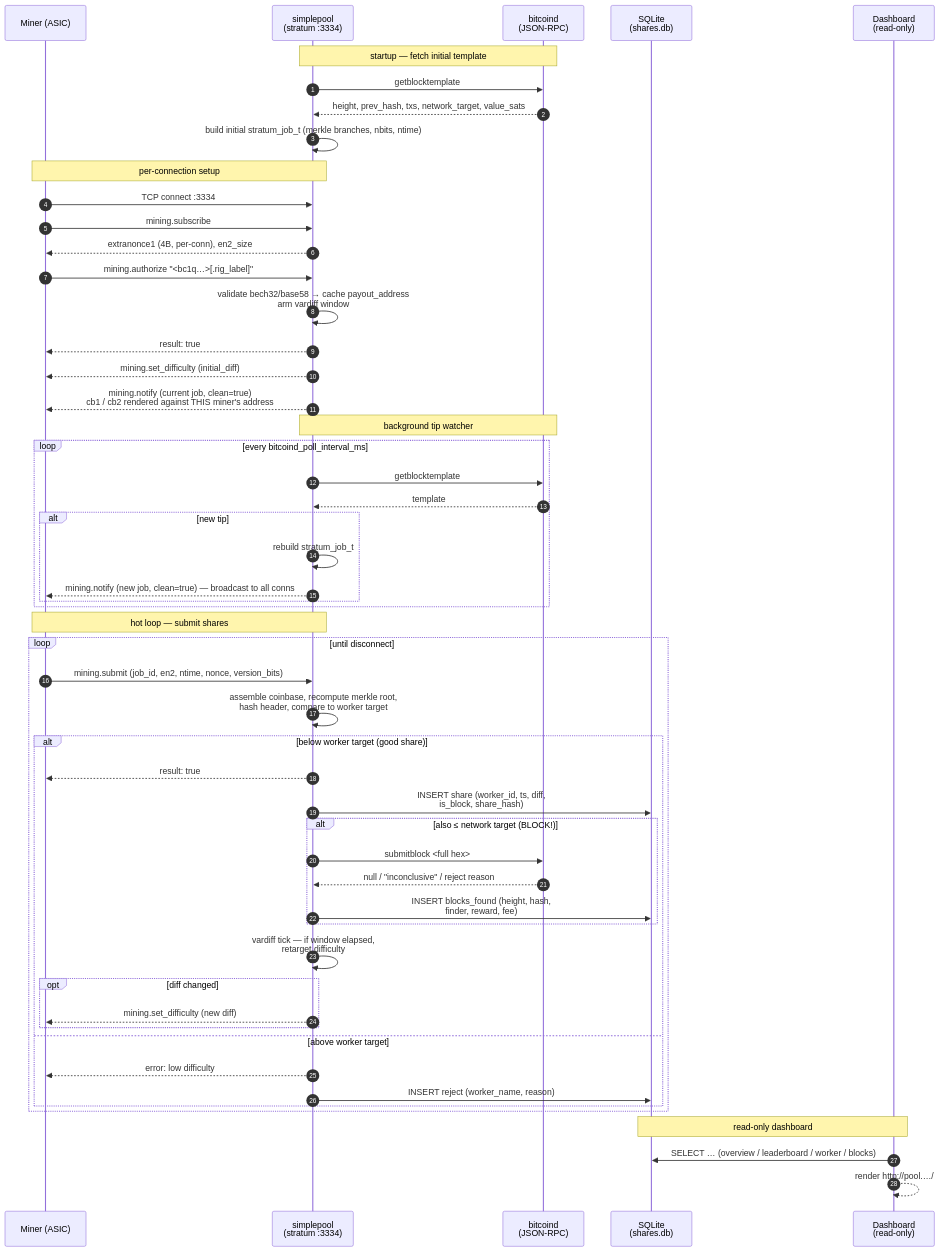
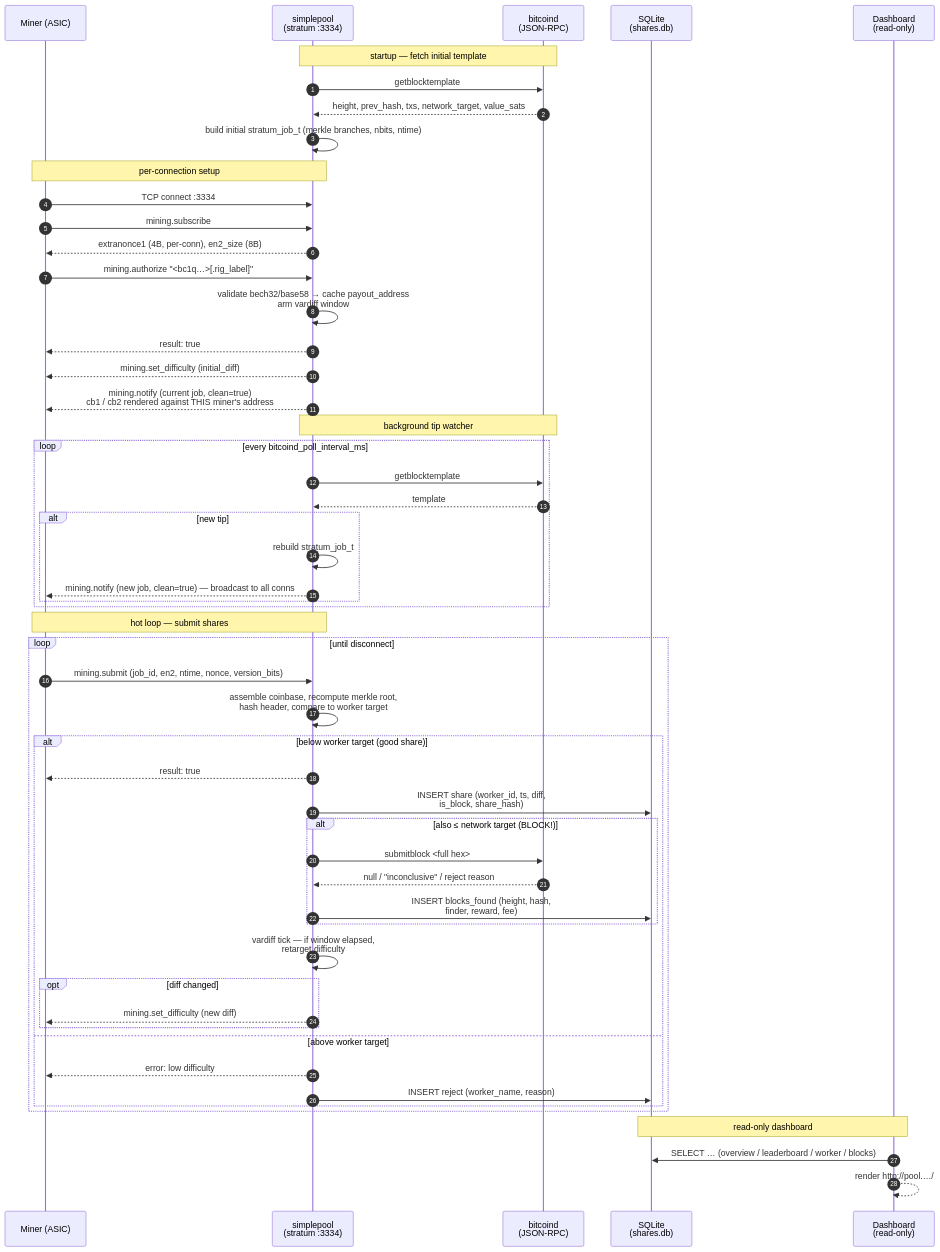
One commit to Wired4ncer/simplepool changed the diagram in README.md. Above: the diagram before and after it, drawn with Mermaid. The commit also changed other lines of this file and 2 other files, not shown here.

````diff
--- a/README.md
+++ b/README.md
@@ -116,60 +116,60 @@
 ```mermaid
 sequenceDiagram
     autonumber
     participant M as Miner (ASIC)
     participant P as simplepool<br/>(stratum :3334)
     participant B as bitcoind<br/>(JSON-RPC)
     participant S as SQLite<br/>(shares.db)
     participant D as Dashboard<br/>(read-only)
 
     Note over P,B: startup — fetch initial template
     P->>B: getblocktemplate
     B-->>P: height, prev_hash, txs, network_target, value_sats
     P->>P: build initial stratum_job_t (merkle branches, nbits, ntime)
 
     Note over M,P: per-connection setup
     M->>P: TCP connect :3334
     M->>P: mining.subscribe
-    P-->>M: extranonce1 (4B, per-conn), en2_size
+    P-->>M: extranonce1 (4B, per-conn), en2_size (8B)
     M->>P: mining.authorize "<bc1q…>[.rig_label]"
     P->>P: validate bech32/base58 → cache payout_address<br/>arm vardiff window
     P-->>M: result: true
     P-->>M: mining.set_difficulty (initial_diff)
     P-->>M: mining.notify (current job, clean=true)<br/>cb1 / cb2 rendered against THIS miner's address
 
     Note over P,B: background tip watcher
     loop every bitcoind_poll_interval_ms
         P->>B: getblocktemplate
         B-->>P: template
         alt new tip
             P->>P: rebuild stratum_job_t
             P-->>M: mining.notify (new job, clean=true) — broadcast to all conns
         end
     end
 
     Note over M,P: hot loop — submit shares
     loop until disconnect
         M->>P: mining.submit (job_id, en2, ntime, nonce, version_bits)
         P->>P: assemble coinbase, recompute merkle root,<br/>hash header, compare to worker target
         alt below worker target (good share)
             P-->>M: result: true
             P->>S: INSERT share (worker_id, ts, diff,<br/>is_block, share_hash)
             alt also ≤ network target (BLOCK!)
                 P->>B: submitblock <full hex>
                 B-->>P: null / "inconclusive" / reject reason
                 P->>S: INSERT blocks_found (height, hash,<br/>finder, reward, fee)
             end
             P->>P: vardiff tick — if window elapsed,<br/>retarget difficulty
             opt diff changed
                 P-->>M: mining.set_difficulty (new diff)
             end
         else above worker target
             P-->>M: error: low difficulty
             P->>S: INSERT reject (worker_name, reason)
         end
     end
 
     Note over D,S: read-only dashboard
     D->>S: SELECT … (overview / leaderboard / worker / blocks)
     D-->>D: render http://pool.…/
 ```
````
